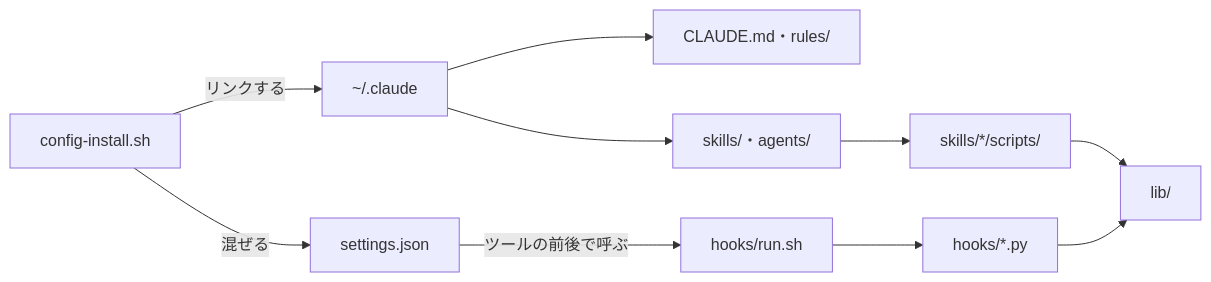
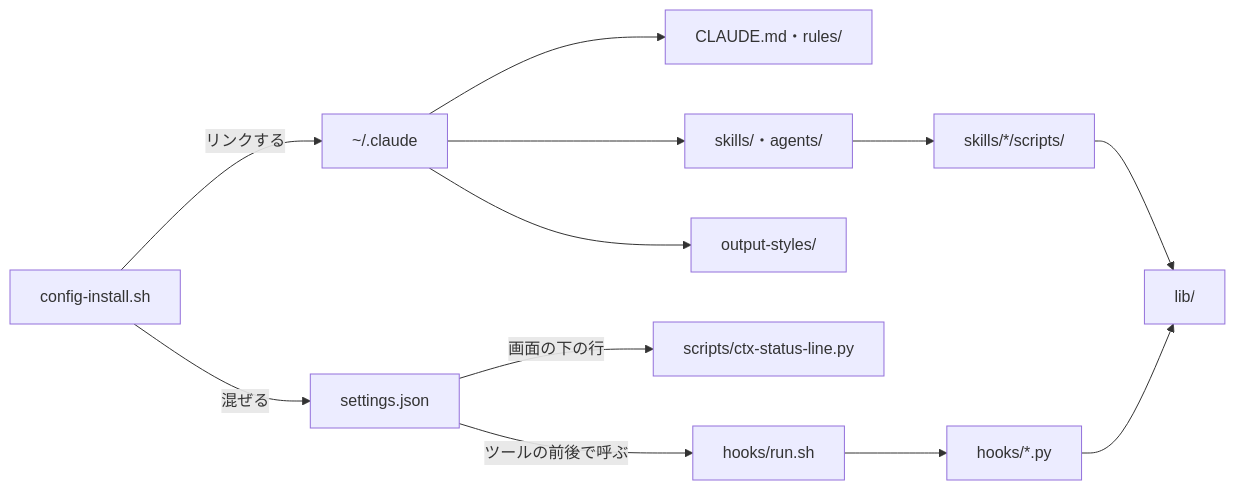
Before and after one commit to yossibank/claude-config: the first of 3 diagrams in README.md, drawn with Mermaid. The commit also changed other lines of this file and 14 other files, not shown here.

First line of the commit message:
feat: add a status line and a readable report output style

````diff
--- a/README.md
+++ b/README.md
@@ -27,12 +28,14 @@
 ```mermaid
 flowchart LR
     install["config-install.sh"] -->|リンクする| home["~/.claude"]
     install -->|混ぜる| settings["settings.json"]
     home --> rules["CLAUDE.md・rules/"]
     home --> skills["skills/・agents/"]
+    home --> styles["output-styles/"]
+    settings -->|画面の下の行| statusLine["scripts/ctx-status-line.py"]
     settings -->|ツールの前後で呼ぶ| run["hooks/run.sh"]
     run --> hooks["hooks/*.py"]
     skills --> scripts["skills/*/scripts/"]
     hooks --> lib["lib/"]
     scripts --> lib
 ```
````
